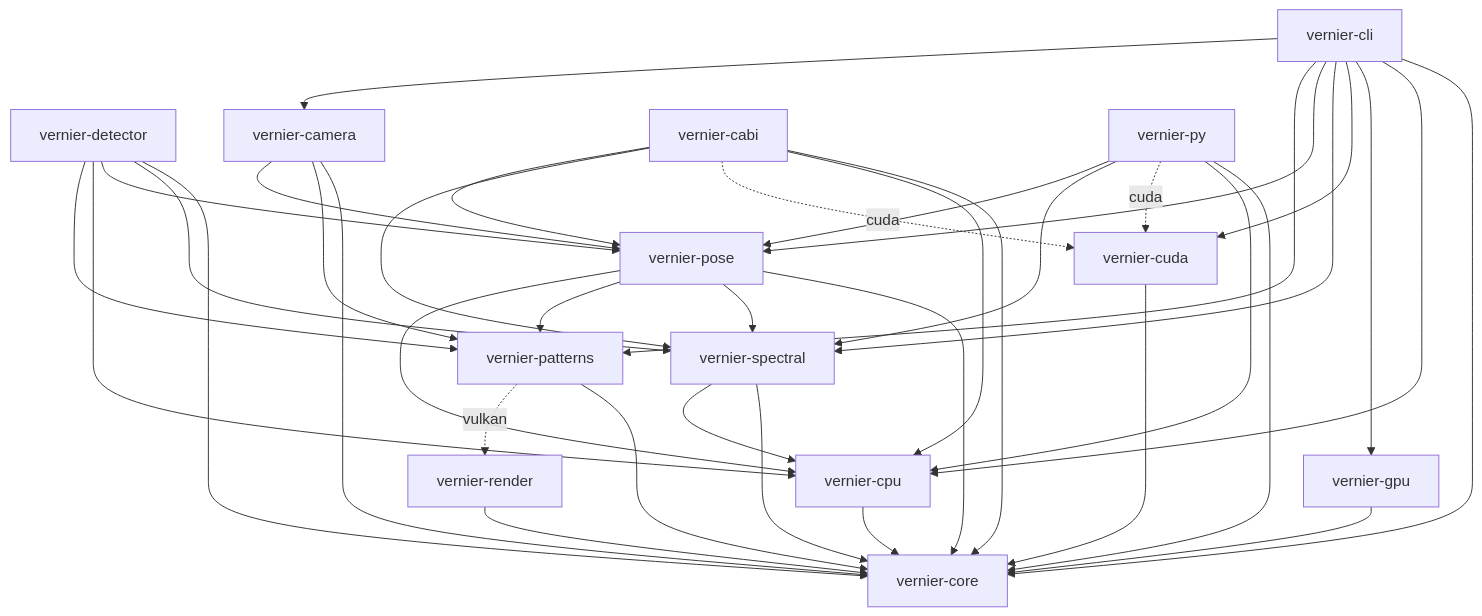
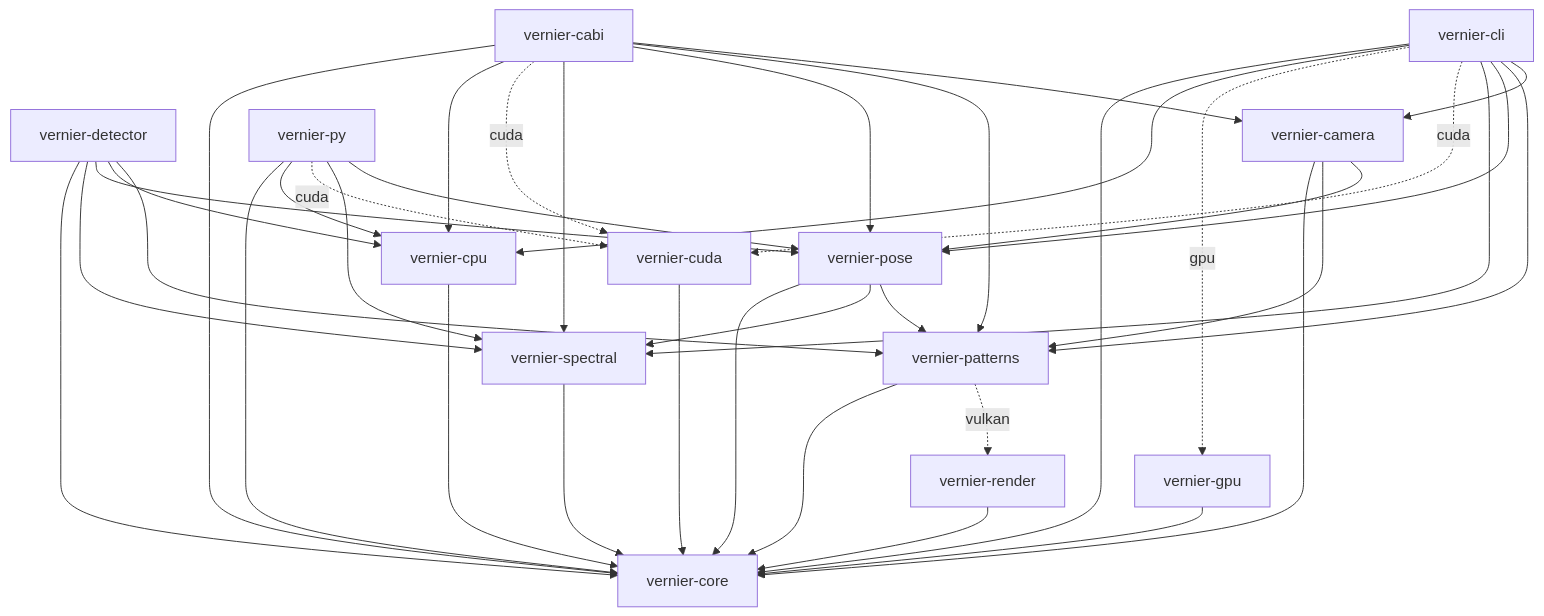
Before and after one commit to nab-os/vernier-rs-archive: the diagram in docs/architecture.md, drawn with Mermaid. The commit also changed other lines of this file and 2 other files, not shown here.

Commit message:
Bring the README and architecture doc in line with the code

````diff
--- a/docs/architecture.md
+++ b/docs/architecture.md
@@ -9,63 +9,63 @@
 ```mermaid
 graph TD
     core[vernier-core]
     cpu[vernier-cpu]
     gpu[vernier-gpu]
     cuda[vernier-cuda]
     render[vernier-render]
     patterns[vernier-patterns]
     spectral[vernier-spectral]
     pose[vernier-pose]
     detector[vernier-detector]
     camera[vernier-camera]
     cli[vernier-cli]
     cabi[vernier-cabi]
     py[vernier-py]
 
     cpu --> core
     gpu --> core
     cuda --> core
     render --> core
 
     patterns --> core
     patterns -. "vulkan" .-> render
 
     spectral --> core
-    spectral --> cpu
 
     pose --> core
     pose --> spectral
     pose --> patterns
-    pose --> cpu
 
     detector --> core
     detector --> spectral
     detector --> pose
     detector --> cpu
     detector --> patterns
 
     camera --> core
     camera --> patterns
     camera --> pose
 
     cabi --> core
     cabi --> cpu
     cabi -. "cuda" .-> cuda
     cabi --> spectral
     cabi --> pose
+    cabi --> patterns
+    cabi --> camera
 
     py --> core
     py --> cpu
     py -. "cuda" .-> cuda
     py --> spectral
     py --> pose
 
     cli --> core
     cli --> cpu
-    cli --> gpu
-    cli --> cuda
+    cli -. "gpu" .-> gpu
+    cli -. "cuda" .-> cuda
     cli --> spectral
     cli --> pose
     cli --> patterns
     cli --> camera
 ```
````
